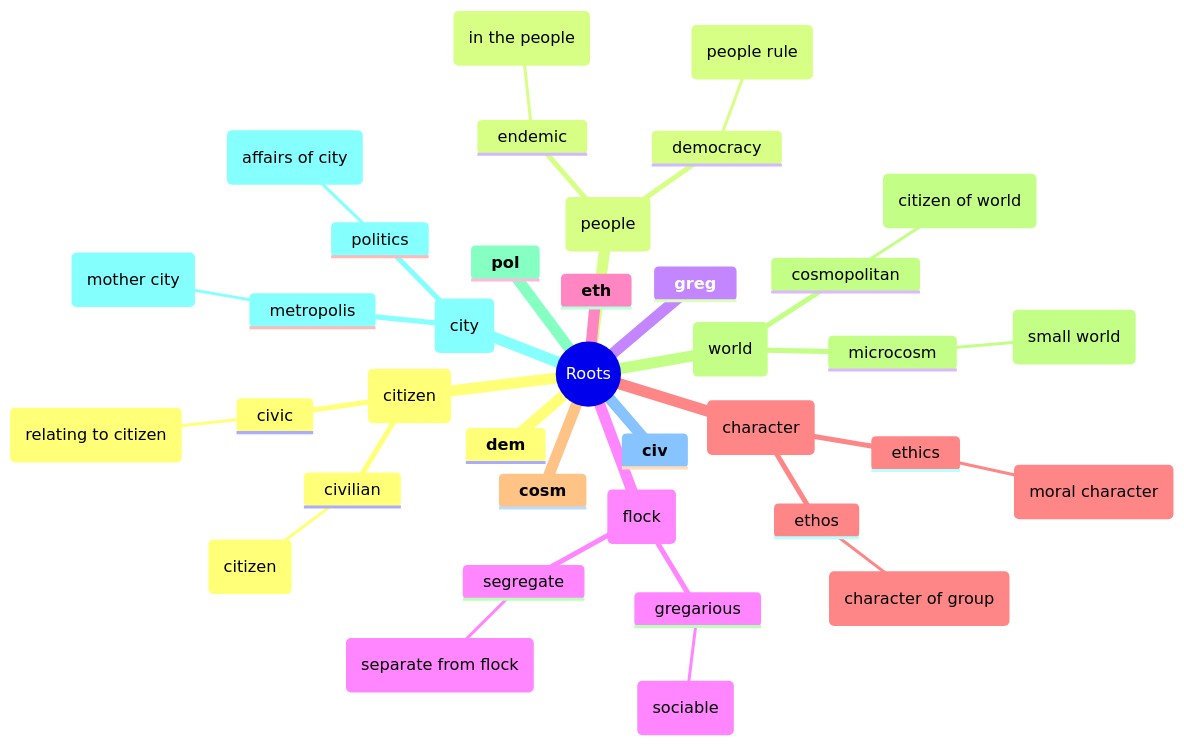
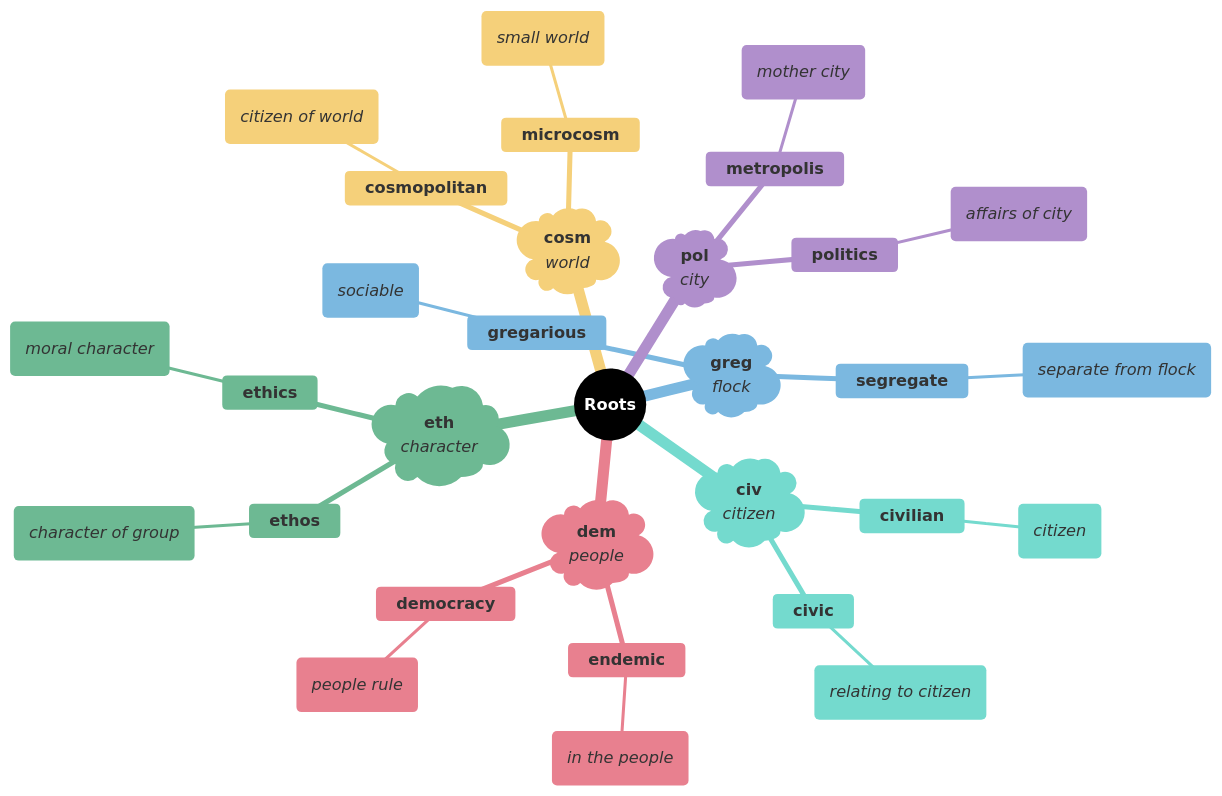
Before and after one commit to 95anantsingh/gre-preparation: the seventh of 7 diagrams in mindmaps/13-society-and-culture.md, drawn with Mermaid. The commit also changed other lines of this file and 14 other files, not shown here.

````diff
--- a/mindmaps/13-society-and-culture.md
+++ b/mindmaps/13-society-and-culture.md
@@ -346,40 +469,53 @@
 ```mermaid
+%%{
+  init: {
+    "theme": "base",
+    "themeVariables": {
+      "primaryColor": "#000000",
+      "cScale1": "#e8808f",  "cScaleInv1": "#a33445",
+      "cScale2": "#7bb8e0",  "cScaleInv2": "#266a93",
+      "cScale3": "#6db993",  "cScaleInv3": "#23543f",
+      "cScale4": "#f5d07a",  "cScaleInv4": "#c4903b",
+      "cScale5": "#b08fcc",  "cScaleInv5": "#5d3b75",
+      "cScale6": "#74dace",  "cScaleInv6": "#217d72",
+      "cScale7": "#f09570",  "cScaleInv7": "#b84112",
+      "cScale8": "#8ea8c2",  "cScaleInv8": "#32465e",
+      "cScale9": "#cc7fba",  "cScaleInv9": "#7d2868",
+      "cScale10": "#c99a78", "cScaleInv10": "#7c4e32",
+      "cScale11": "#a3a3a3", "cScaleInv11": "#3d3d3d"
+    }
+  }
+}%%
 mindmap
-  root((Roots))
-    **dem**
-    (people)
-      endemic
-        (in the people)
-      democracy
-        (people rule)
-    **greg**
-    (flock)
-      gregarious
-        (sociable)
-      segregate
-        (separate from flock)
-    **eth**
-    (character)
-      ethos
-        (character of group)
-      ethics
-        (moral character)
-    **cosm**
-    (world)
-      cosmopolitan
-        (citizen of world)
-      microcosm
-        (small world)
-    **pol**
-    (city)
-      metropolis
-        (mother city)
-      politics
-        (affairs of city)
-    **civ**
-    (citizen)
-      civic
-        (relating to citizen)
-      civilian
-        (citizen)
+  root((<font color=white>**Roots**</font>))
+    )**dem**</br>_people_(
+      **endemic**
+        (_in the people_)
+      **democracy**
+        (_people rule_)
+    )**greg**</br>_flock_(
+      **gregarious**
+        (_sociable_)
+      **segregate**
+        (_separate from flock_)
+    )**eth**</br>_character_(
+      **ethos**
+        (_character of group_)
+      **ethics**
+        (_moral character_)
+    )**cosm**</br>_world_(
+      **cosmopolitan**
+        (_citizen of world_)
+      **microcosm**
+        (_small world_)
+    )**pol**</br>_city_(
+      **metropolis**
+        (_mother city_)
+      **politics**
+        (_affairs of city_)
+    )**civ**</br>_citizen_(
+      **civic**
+        (_relating to citizen_)
+      **civilian**
+        (_citizen_)
 ```
````
